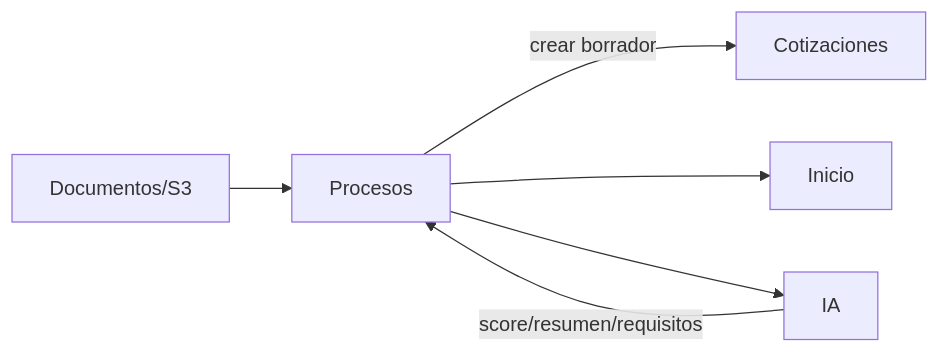
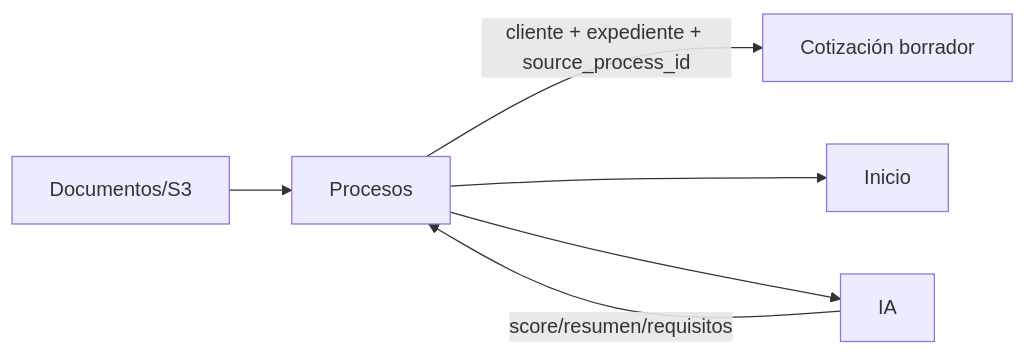
The second of 2 diagrams in bluehost/backend/app/Modules/Processes/LINEAMIENTOS.md (Ahcast/Bastion), drawn with Mermaid before and after one commit. The commit also changed other lines of this file, not shown here.

Commit message:
docs: definir conversión de proceso a cotización

````diff
--- a/bluehost/backend/app/Modules/Processes/LINEAMIENTOS.md
+++ b/bluehost/backend/app/Modules/Processes/LINEAMIENTOS.md
@@ -210,8 +345,8 @@
 ```mermaid
 flowchart LR
-    P[Procesos] -->|crear borrador| Q[Cotizaciones]
+    P[Procesos] -->|cliente + expediente + source_process_id| Q[Cotización borrador]
     P --> I[Inicio]
     P --> AI[IA]
     AI -->|score/resumen/requisitos| P
     COL[Documentos/S3] --> P
 ```
````
